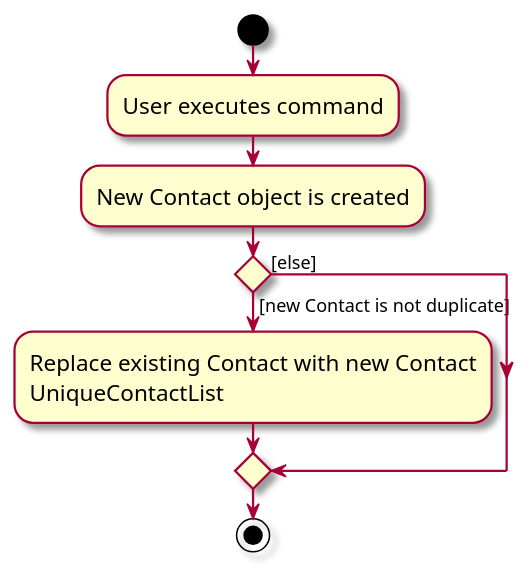
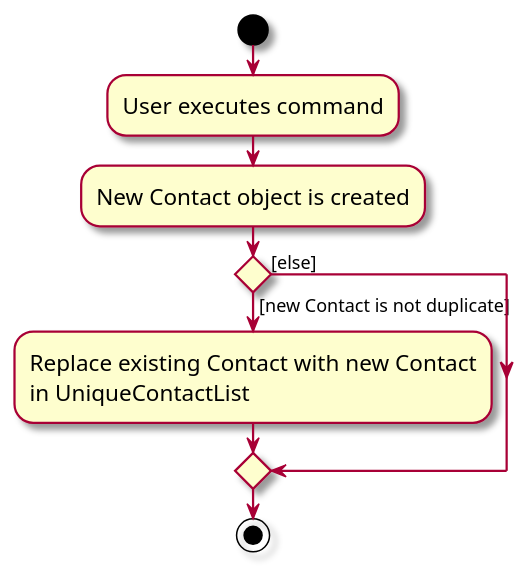
Before and after one commit to nus-cs2103-AY2324S1/tp: the diagram in docs/diagrams/EditActivityDiagram.puml, drawn with PlantUML. The commit also changed 2 other files, not shown here.

Commit message:
Update activity diagram
Update activity diagram for edit feature in DG.

```diff
--- a/docs/diagrams/EditActivityDiagram.puml
+++ b/docs/diagrams/EditActivityDiagram.puml
@@ -1,18 +1,18 @@
 @startuml
 skin rose
 skinparam ActivityFontSize 15
 skinparam ArrowFontSize 12
 start
 :User executes command;
 
 :New Contact object is created;
 
 'Since the beta syntax does not support placing the condition outside the
 'diamond we place it as the true branch instead.
 if () then ([new Contact is not duplicate])
     :Replace existing Contact with new Contact
-    UniqueContactList;
+    in UniqueContactList;
 else ([else])
 endif
 stop
 @enduml
```
